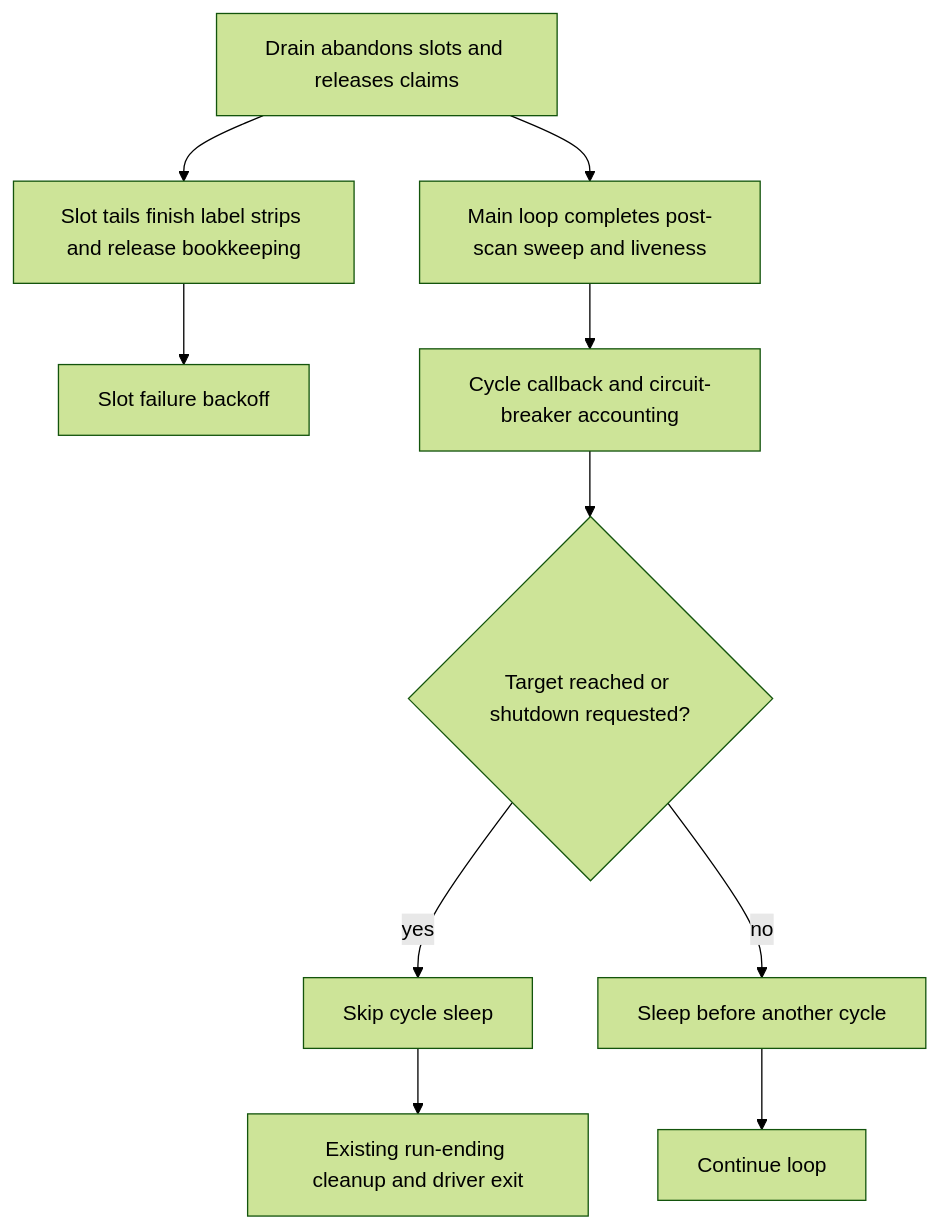
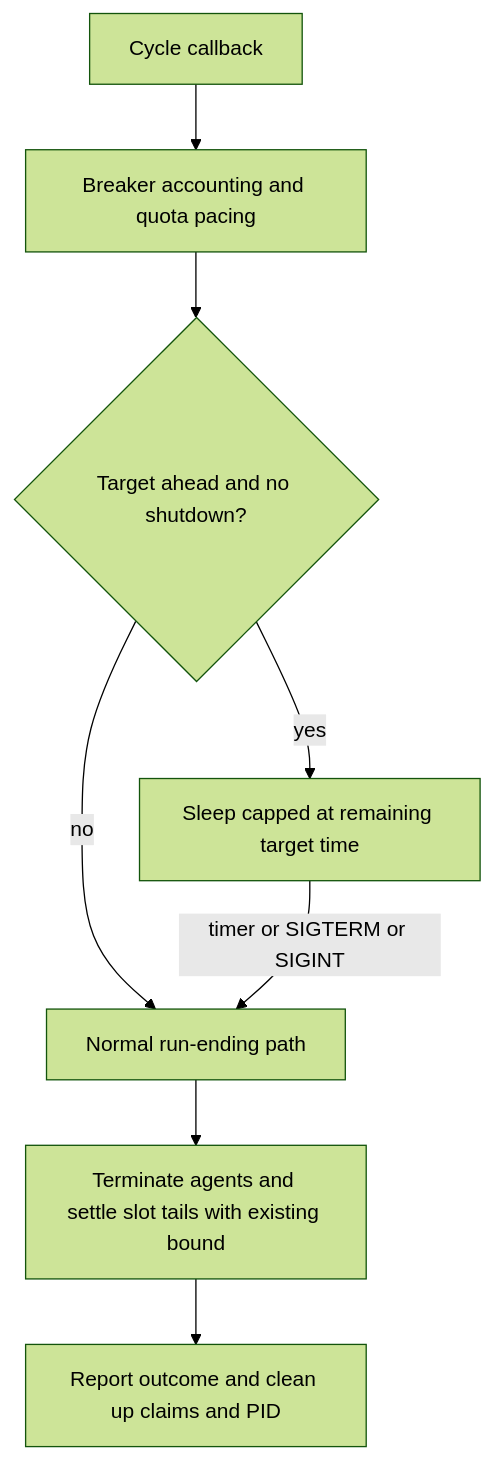
Before and after one commit to stSoftwareAU/VibeCoder: the diagram in docs/archive/pr-summaries/pr-summary-5544.md, drawn with Mermaid (forest theme). The commit also changed other lines of this file and 3 other files, not shown here.

````diff
--- a/docs/archive/pr-summaries/pr-summary-5544.md
+++ b/docs/archive/pr-summaries/pr-summary-5544.md
@@ -70,12 +69,10 @@
 ```mermaid
 flowchart TD
-    A[Drain abandons slots and releases claims] --> B[Main loop completes post-scan sweep and liveness]
-    A --> T[Slot tails finish label strips and release bookkeeping]
-    T --> U[Slot failure backoff]
-    B --> C[Cycle callback and circuit-breaker accounting]
-    C --> D{Target reached or shutdown requested?}
-    D -->|yes| E[Skip cycle sleep]
-    D -->|no| F[Sleep before another cycle]
-    E --> G[Existing run-ending cleanup and driver exit]
-    F --> H[Continue loop]
+    A[Cycle callback] --> B[Breaker accounting and quota pacing]
+    B --> C{Target ahead and no shutdown?}
+    C -->|no| F[Normal run-ending path]
+    C -->|yes| D[Sleep capped at remaining target time]
+    D -->|timer or SIGTERM or SIGINT| F
+    F --> G[Terminate agents and settle slot tails with existing bound]
+    G --> H[Report outcome and clean up claims and PID]
 ```
````
